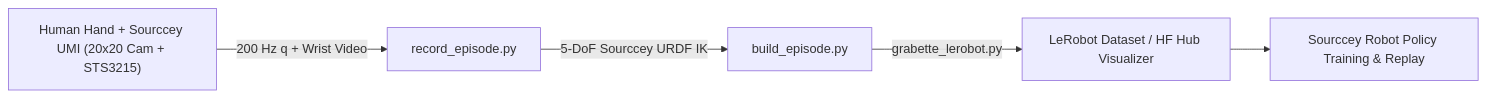
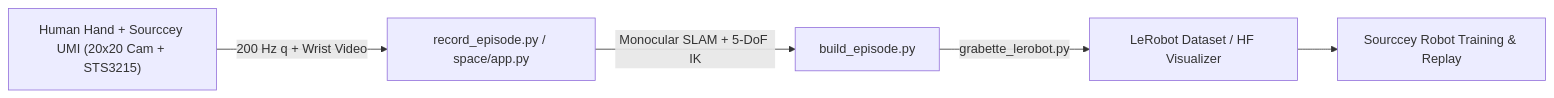
The diagram in README.md (meisaaczac/sourccey-umi), drawn with Mermaid before and after one commit. The commit also changed other lines of this file and 6 other files, not shown here.

````diff
--- a/README.md
+++ b/README.md
@@ -67,7 +69,7 @@
 ```mermaid
 flowchart LR
-    A["Human Hand + Sourccey UMI (20x20 Cam + STS3215)"] -->|"200 Hz q + Wrist Video"| B["record_episode.py"]
-    B -->|"5-DoF Sourccey URDF IK"| C["build_episode.py"]
-    C -->|"grabette_lerobot.py"| D["LeRobot Dataset / HF Hub Visualizer"]
-    D --> E["Sourccey Robot Policy Training & Replay"]
+    A["Human Hand + Sourccey UMI (20x20 Cam + STS3215)"] -->|"200 Hz q + Wrist Video"| B["record_episode.py / space/app.py"]
+    B -->|"Monocular SLAM + 5-DoF IK"| C["build_episode.py"]
+    C -->|"grabette_lerobot.py"| D["LeRobot Dataset / HF Visualizer"]
+    D --> E["Sourccey Robot Training & Replay"]
 ```
````
